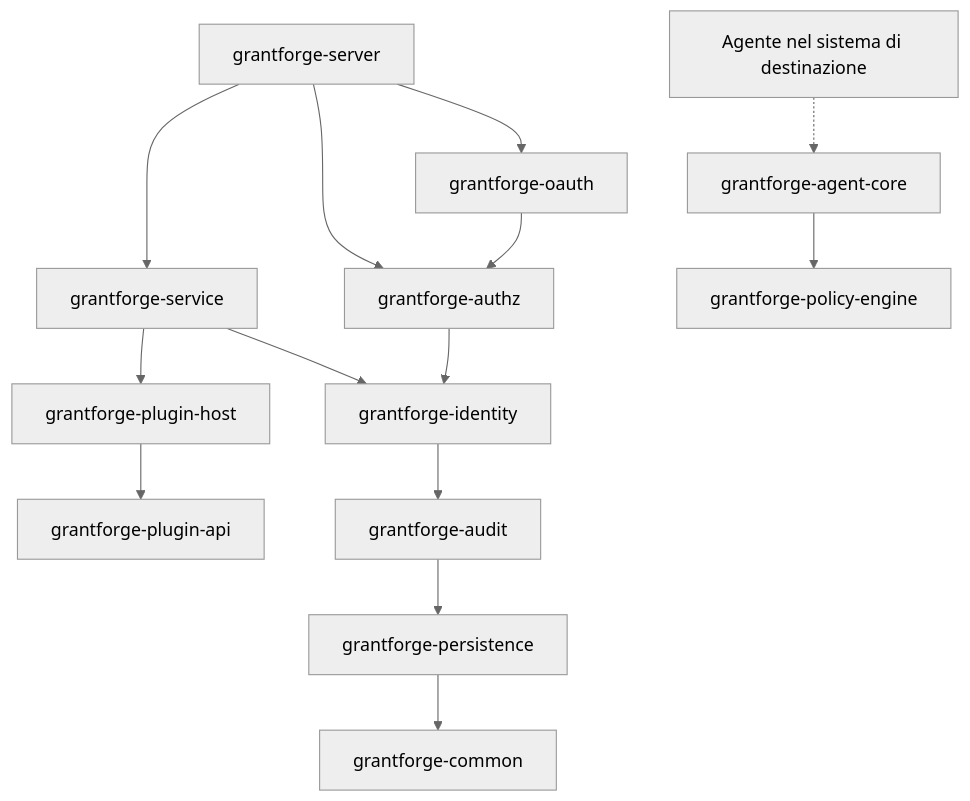
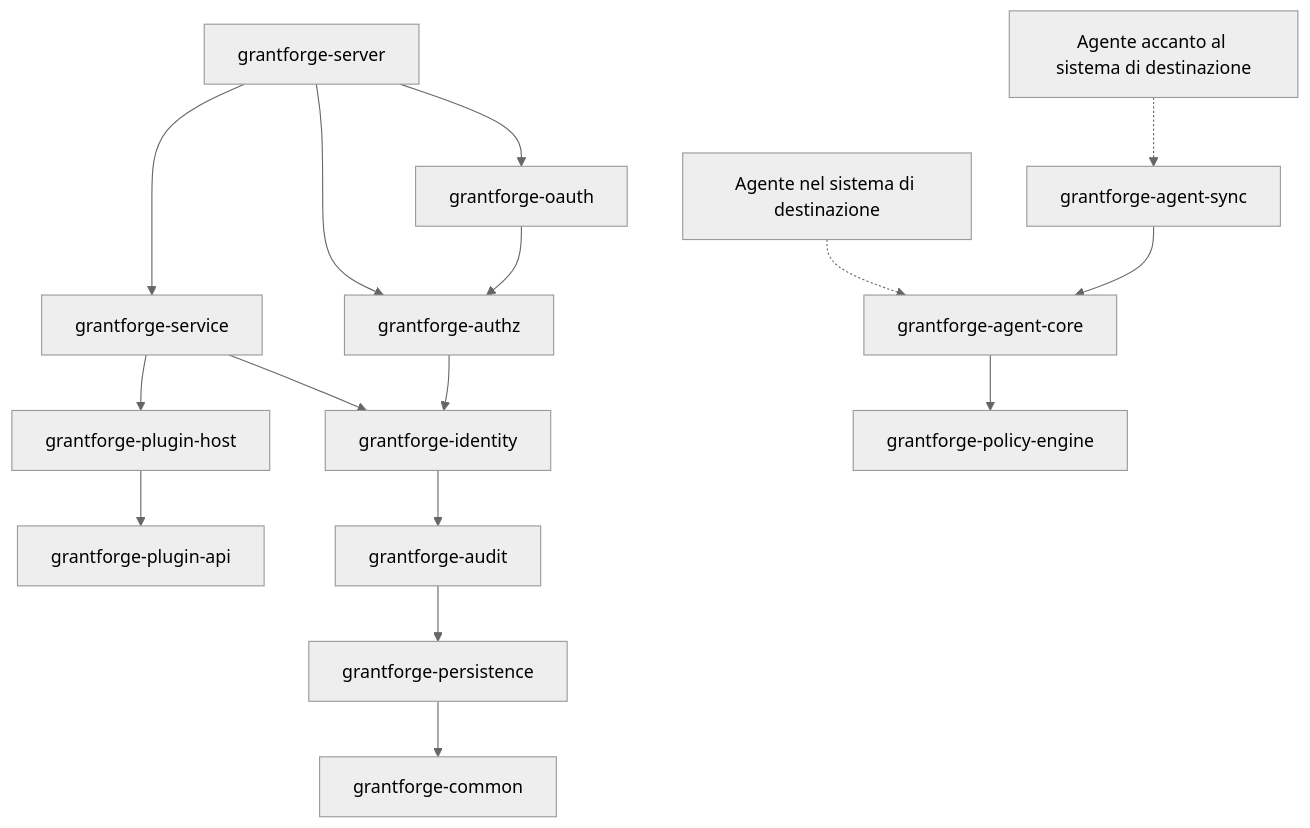
Before and after one commit to devlive-community/grantforge: the first of 2 diagrams in docs/content/it/architecture/overview.md, drawn with Mermaid (neutral theme). The commit also changed other lines of this file and 21 other files, not shown here.

First line of the commit message:
docs(agent-sync): document the shared core of agents beside a system

````diff
--- a/docs/content/it/architecture/overview.md
+++ b/docs/content/it/architecture/overview.md
@@ -18,16 +18,18 @@
 ```mermaid
 flowchart TB
   server[grantforge-server] --> oauth[grantforge-oauth]
   server --> service[grantforge-service]
   server --> authz[grantforge-authz]
   oauth --> authz
   service --> host[grantforge-plugin-host]
   service --> identity
   host --> api[grantforge-plugin-api]
   authz --> identity[grantforge-identity]
   identity --> audit[grantforge-audit]
   audit --> persistence[grantforge-persistence]
   persistence --> common[grantforge-common]
   agent[Agente nel sistema di destinazione] -.-> agentcore[grantforge-agent-core]
+  syncagent[Agente accanto al sistema di destinazione] -.-> agentsync[grantforge-agent-sync]
+  agentsync --> agentcore
   agentcore --> engine[grantforge-policy-engine]
 ```
````
